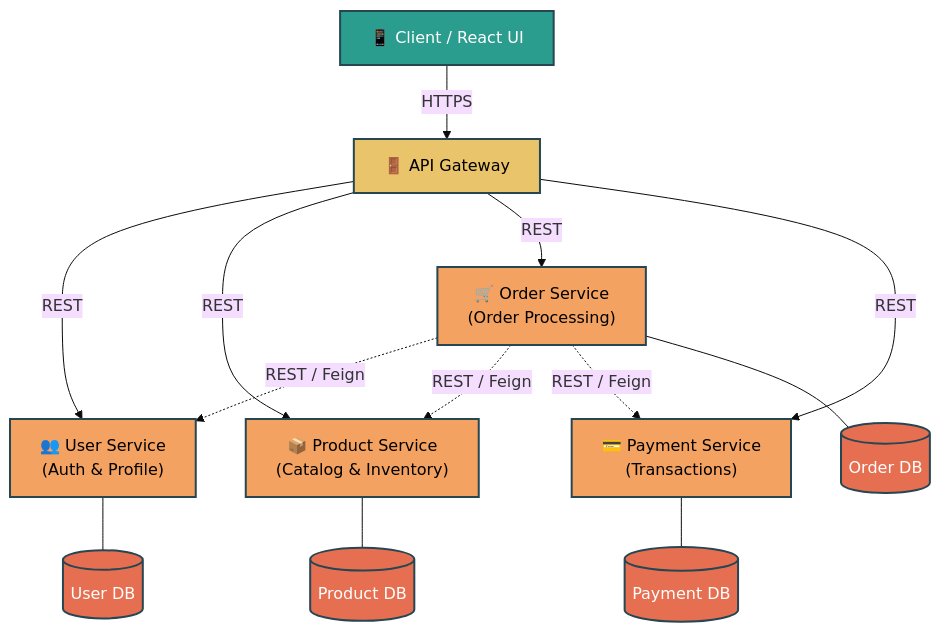
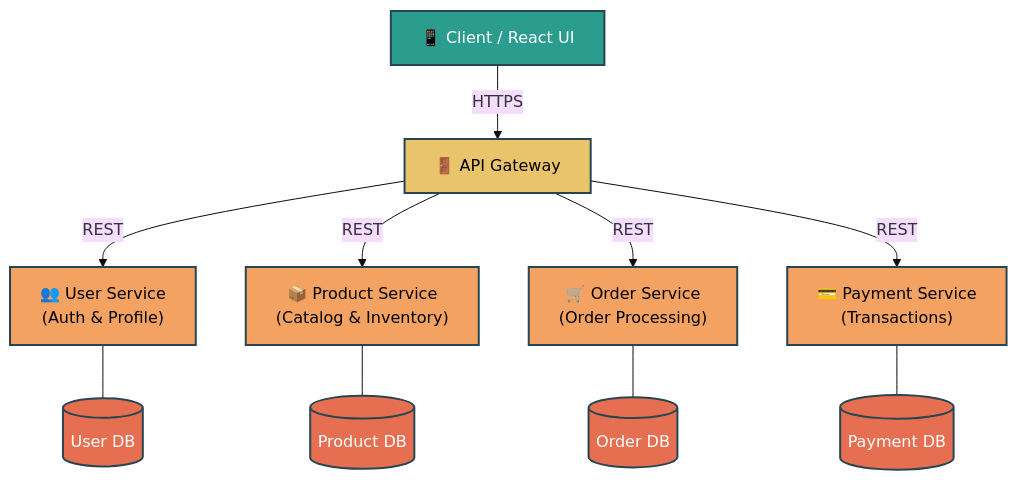
The first of 2 diagrams in README.md (J-Prem/E-Commerce-Backend-Spring-Microservices), drawn with Mermaid (base theme) before and after one commit.

````diff
--- a/README.md
+++ b/README.md
@@ -6,48 +6,43 @@
 ```mermaid
 flowchart TD
     %% Client & Gateway
     Client["📱 Client / React UI"]
     Gateway["🚪 API Gateway"]
 
     %% Microservices
     UserService["👥 User Service<br/>(Auth & Profile)"]
     ProductService["📦 Product Service<br/>(Catalog & Inventory)"]
     OrderService["🛒 Order Service<br/>(Order Processing)"]
     PaymentService["💳 Payment Service<br/>(Transactions)"]
 
     %% Databases
     UserDB[("User DB")]
     ProductDB[("Product DB")]
     OrderDB[("Order DB")]
     PaymentDB[("Payment DB")]
 
     %% Connections
     Client -->|HTTPS| Gateway
 
     %% Gateway Routing
     Gateway -->|REST| UserService
     Gateway -->|REST| ProductService
     Gateway -->|REST| OrderService
     Gateway -->|REST| PaymentService
 
-    %% Inter-Service Communication
-    OrderService -.->|"REST / Feign"| UserService
-    OrderService -.->|"REST / Feign"| ProductService
-    OrderService -.->|"REST / Feign"| PaymentService
-
     %% Database Mapping
     UserService --- UserDB
     ProductService --- ProductDB
     OrderService --- OrderDB
     PaymentService --- PaymentDB
     
     classDef client fill:#2a9d8f,stroke:#264653,stroke-width:2px,color:#fff;
     classDef gateway fill:#e9c46a,stroke:#264653,stroke-width:2px,color:#000;
     classDef service fill:#f4a261,stroke:#264653,stroke-width:2px,color:#000;
     classDef db fill:#e76f51,stroke:#264653,stroke-width:2px,color:#fff;
     
     class Client client;
     class Gateway gateway;
     class UserService,ProductService,OrderService,PaymentService service;
     class UserDB,ProductDB,OrderDB,PaymentDB db;
 ```
````
